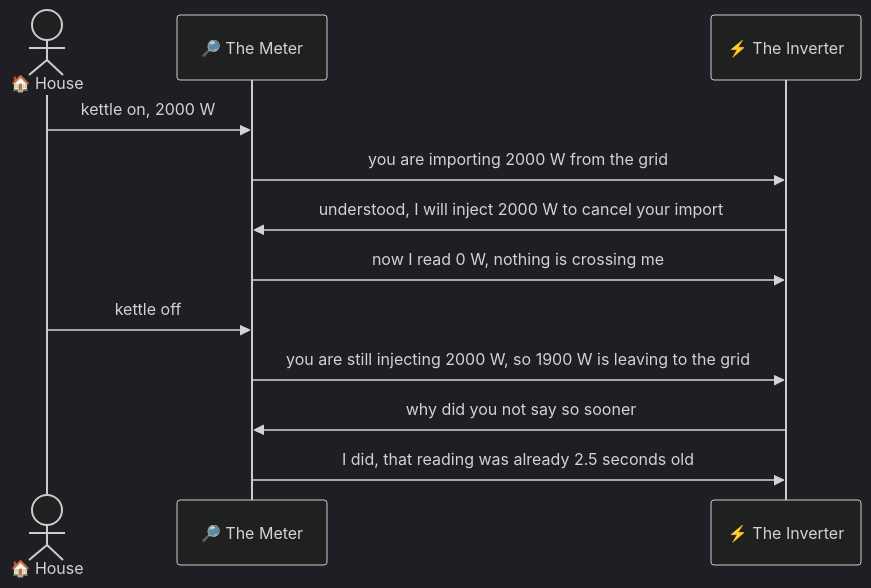
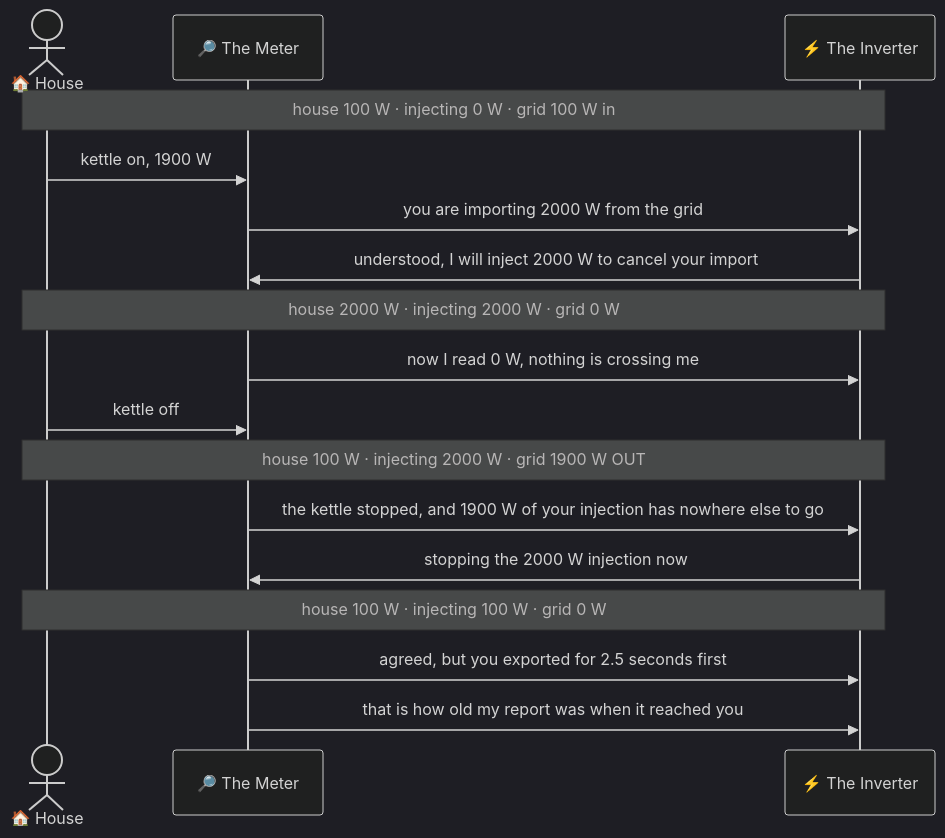
Before and after one commit to phoinixgrr/mastori: the first of 17 diagrams in content/posts/ecoflow-zero-export-ble-meter-injection/index.md, drawn with Mermaid (dark theme). The commit also changed other lines of this file, not shown here.

```diff
--- a/content/posts/ecoflow-zero-export-ble-meter-injection/index.md
+++ b/content/posts/ecoflow-zero-export-ble-meter-injection/index.md
@@ -51,15 +51,20 @@
 {{< mermaid >}}
 sequenceDiagram
     actor H as 🏠 House
     participant M as 🔎 The Meter
     participant I as ⚡ The Inverter
 
-    H->>M: kettle on, 2000 W
+    Note over H,I: house 100 W · injecting 0 W · grid 100 W in
+    H->>M: kettle on, 1900 W
     M->>I: you are importing 2000 W from the grid
     I->>M: understood, I will inject 2000 W to cancel your import
+    Note over H,I: house 2000 W · injecting 2000 W · grid 0 W
     M->>I: now I read 0 W, nothing is crossing me
     H->>M: kettle off
-    M->>I: you are still injecting 2000 W, so 1900 W is leaving to the grid
-    I->>M: why did you not say so sooner
-    M->>I: I did, that reading was already 2.5 seconds old
+    Note over H,I: house 100 W · injecting 2000 W · grid 1900 W OUT
+    M->>I: the kettle stopped, and 1900 W of your injection has nowhere else to go
+    I->>M: stopping the 2000 W injection now
+    Note over H,I: house 100 W · injecting 100 W · grid 0 W
+    M->>I: agreed, but you exported for 2.5 seconds first
+    M->>I: that is how old my report was when it reached you
 {{< /mermaid >}}
```
